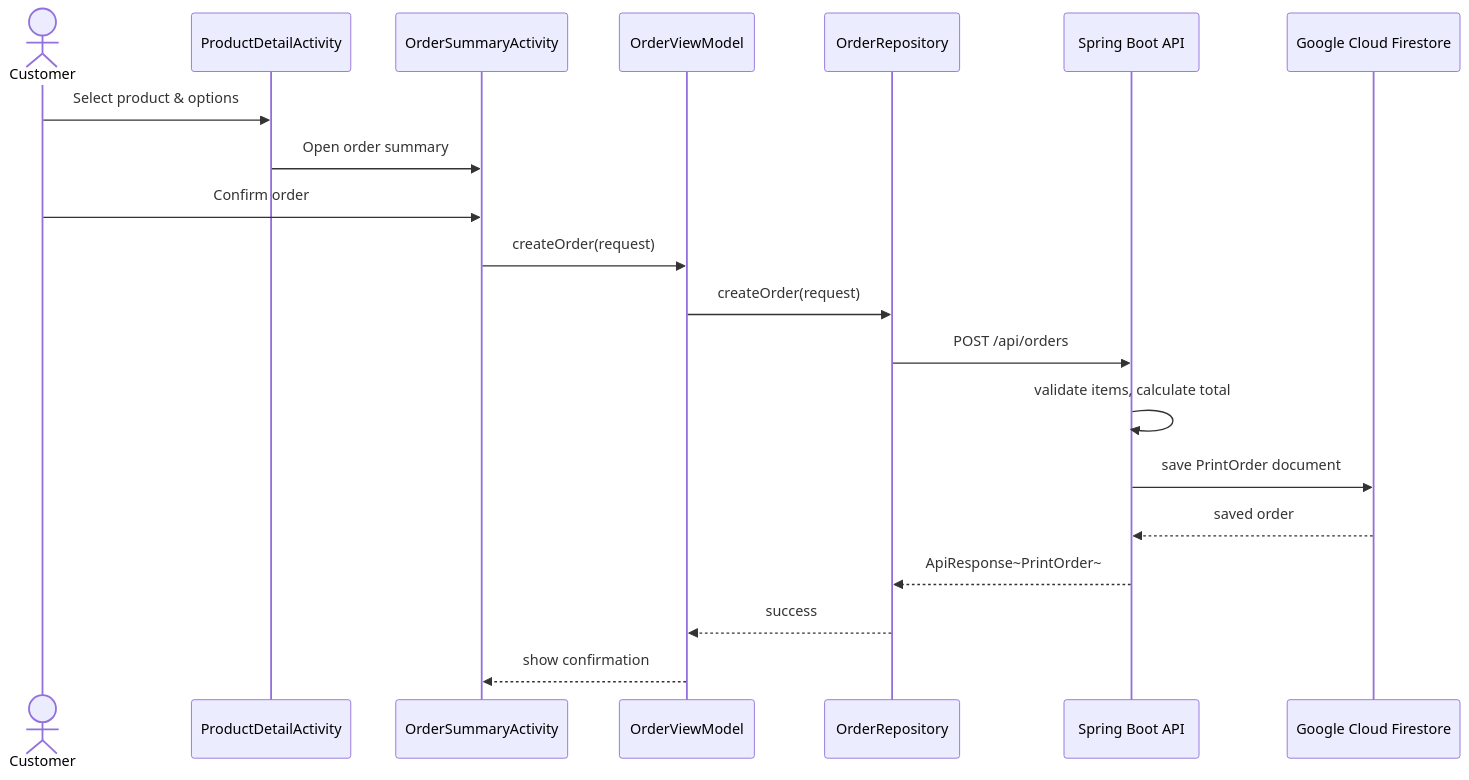
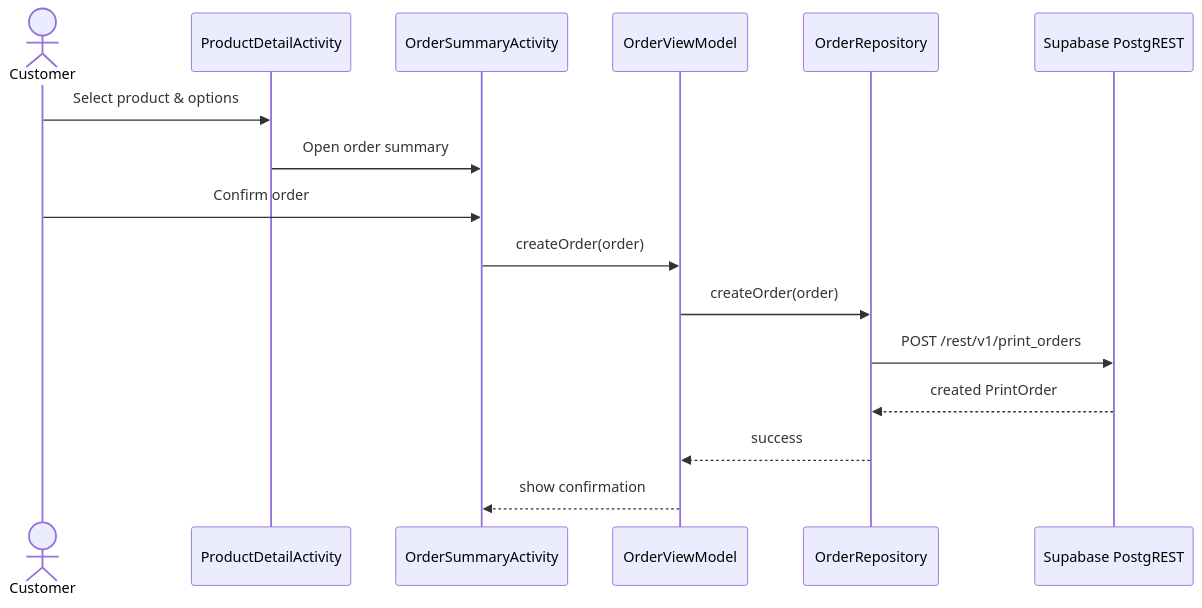
Before and after one commit to Fathima-Asna/ICBT-MAD-Assignment: the fifth of 8 diagrams in README.md, drawn with Mermaid. The commit also changed other lines of this file and 69 other files, not shown here.

Commit message:
Migrate to Supabase: remove Spring Boot backend, add Supabase Auth & PostgREST, update README

````diff
--- a/README.md
+++ b/README.md
@@ -433,23 +322,19 @@
 ```mermaid
 sequenceDiagram
     actor U as Customer
     participant PDA as ProductDetailActivity
     participant OSA as OrderSummaryActivity
     participant VM as OrderViewModel
     participant R as OrderRepository
-    participant API as Spring Boot API
-    participant FS as Google Cloud Firestore
+    participant DATA as Supabase PostgREST
 
     U->>PDA: Select product & options
     PDA->>OSA: Open order summary
     U->>OSA: Confirm order
-    OSA->>VM: createOrder(request)
-    VM->>R: createOrder(request)
-    R->>API: POST /api/orders
-    API->>API: validate items, calculate total
-    API->>FS: save PrintOrder document
-    FS-->>API: saved order
-    API-->>R: ApiResponse~PrintOrder~
+    OSA->>VM: createOrder(order)
+    VM->>R: createOrder(order)
+    R->>DATA: POST /rest/v1/print_orders
+    DATA-->>R: created PrintOrder
     R-->>VM: success
     VM-->>OSA: show confirmation
 ```
````
